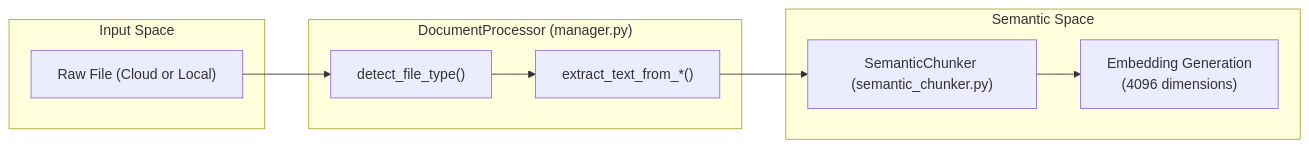
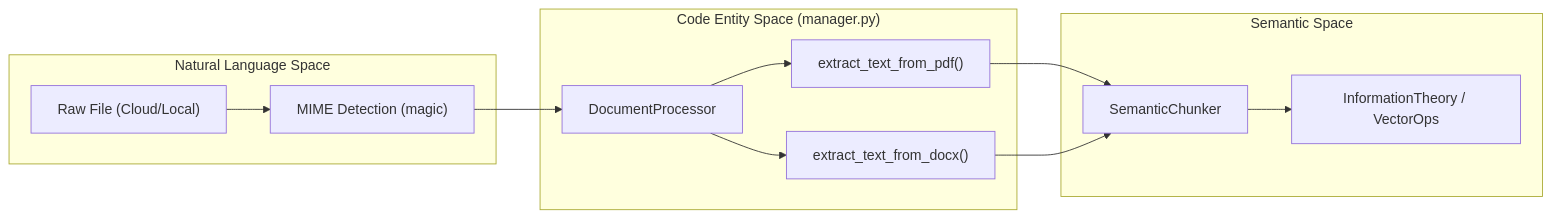
Before and after one commit to AutomatosAI/automatos-ai: the second of 3 diagrams in docs/knowledge-base-rag/semantic-chunking-strategies.md, drawn with Mermaid. The commit also changed other lines of this file and 153 other files, not shown here.

````diff
--- a/docs/knowledge-base-rag/semantic-chunking-strategies.md
+++ b/docs/knowledge-base-rag/semantic-chunking-strategies.md
@@ -127,21 +130,26 @@
 ```mermaid
 graph LR
-    subgraph "Input Space"
-        File["Raw File (Cloud or Local)"]
+    subgraph "Natural Language Space"
+        File["Raw File (Cloud/Local)"]
+        MIME["MIME Detection (magic)"]
     end
     
-    subgraph "DocumentProcessor (manager.py)"
-        Detect["detect_file_type()"]
-        Extract["extract_text_from_*()"]
+    subgraph "Code Entity Space (manager.py)"
+        Proc["DocumentProcessor"]
+        PDF_Ext["extract_text_from_pdf()"]
+        DOCX_Ext["extract_text_from_docx()"]
     end
     
     subgraph "Semantic Space"
-        SChunk["SemanticChunker (semantic_chunker.py)"]
-        Embed["Embedding Generation<br/>(4096 dimensions)"]
+        SChunk["SemanticChunker"]
+        Math["InformationTheory / VectorOps"]
     end
 
-    File --> Detect
-    Detect --> Extract
-    Extract --> SChunk
-    SChunk --> Embed
+    File --> MIME
+    MIME --> Proc
+    Proc --> PDF_Ext
+    Proc --> DOCX_Ext
+    PDF_Ext --> SChunk
+    DOCX_Ext --> SChunk
+    SChunk --> Math
 ```
````
